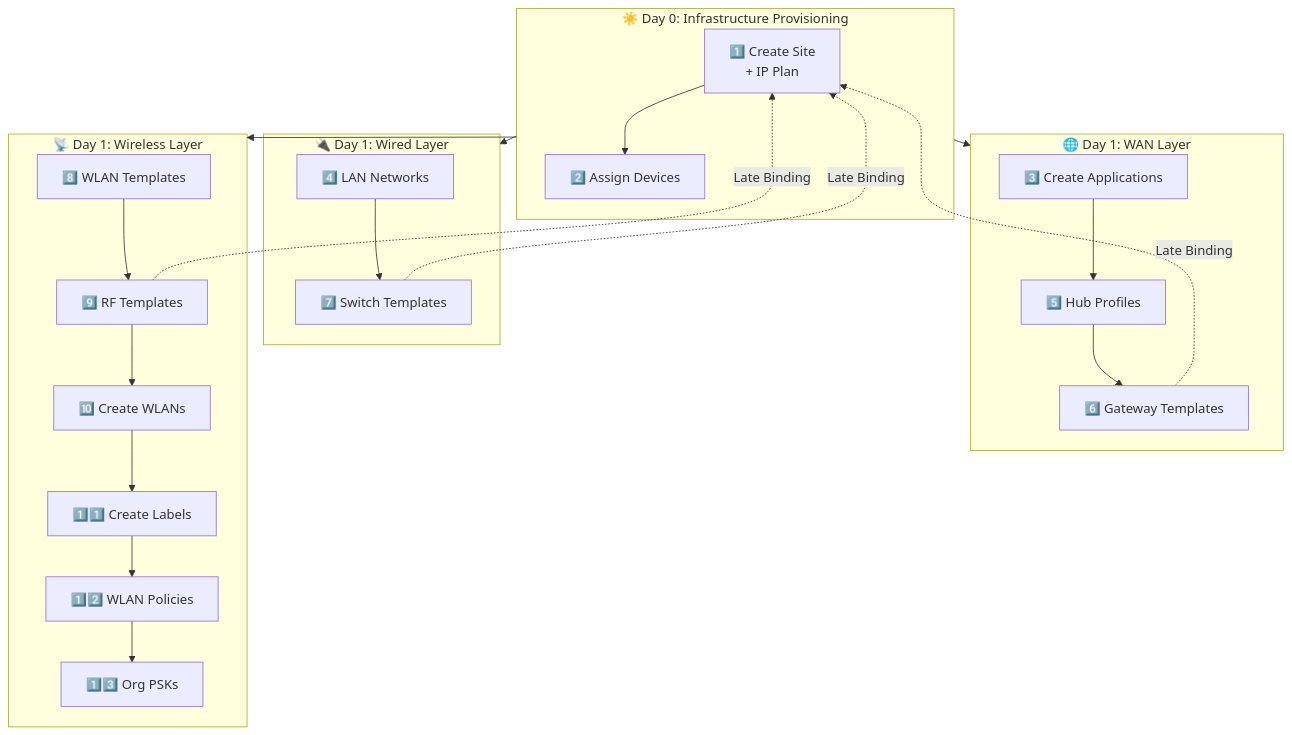
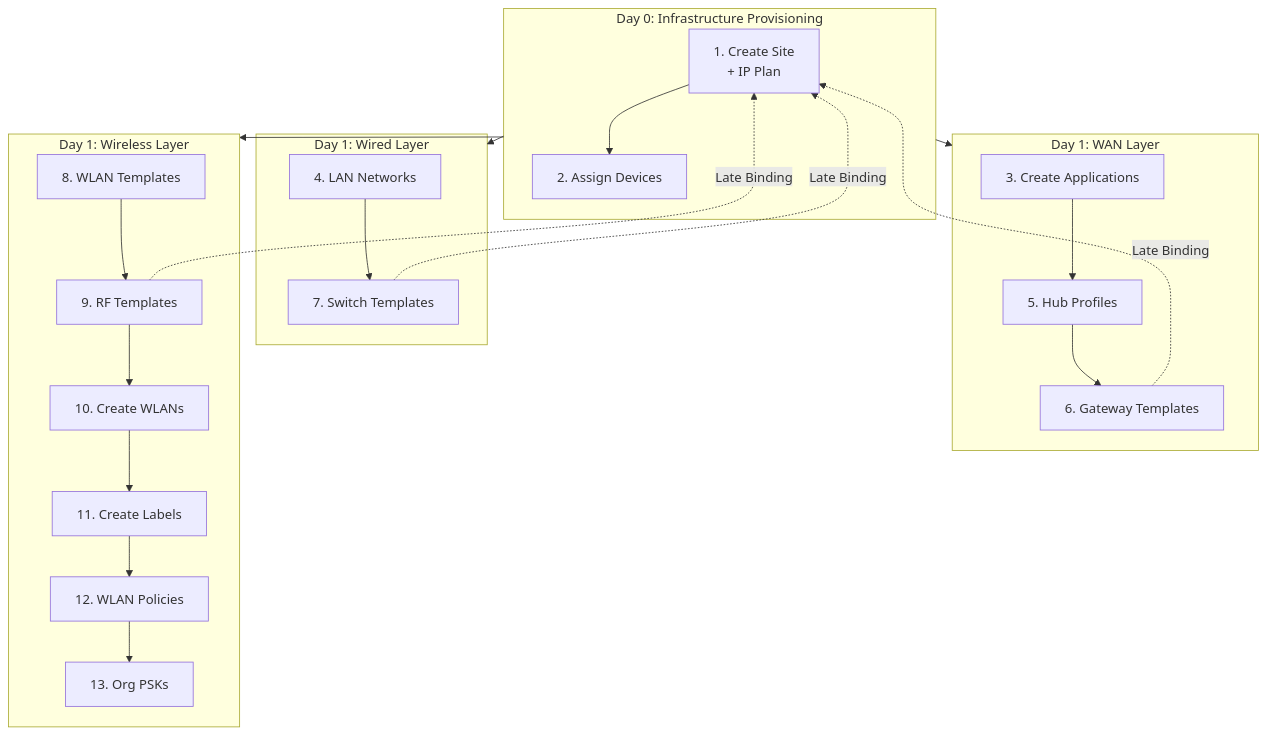
The diagram in README.md (ericcgu/juniper-mist-orchestration-core), drawn with Mermaid before and after one commit. The commit also changed other lines of this file, not shown here.

````diff
--- a/README.md
+++ b/README.md
@@ -136,39 +136,39 @@
 ```mermaid
 flowchart TB
-    subgraph DAY0["☀️ Day 0: Infrastructure Provisioning"]
-        S1["1️⃣ Create Site<br/>+ IP Plan"]
-        S2["2️⃣ Assign Devices"]
+    subgraph DAY0["Day 0: Infrastructure Provisioning"]
+        S1["1. Create Site<br/>+ IP Plan"]
+        S2["2. Assign Devices"]
         S1 --> S2
     end
 
-    subgraph DAY1_WAN["🌐 Day 1: WAN Layer"]
-        S3["3️⃣ Create Applications"]
-        S5["5️⃣ Hub Profiles"]
-        S6["6️⃣ Gateway Templates"]
+    subgraph DAY1_WAN["Day 1: WAN Layer"]
+        S3["3. Create Applications"]
+        S5["5. Hub Profiles"]
+        S6["6. Gateway Templates"]
         S3 --> S5 --> S6
     end
 
-    subgraph DAY1_WIRED["🔌 Day 1: Wired Layer"]
-        S4["4️⃣ LAN Networks"]
-        S7["7️⃣ Switch Templates"]
+    subgraph DAY1_WIRED["Day 1: Wired Layer"]
+        S4["4. LAN Networks"]
+        S7["7. Switch Templates"]
         S4 --> S7
     end
 
-    subgraph DAY1_WIRELESS["📡 Day 1: Wireless Layer"]
-        S8["8️⃣ WLAN Templates"]
-        S9["9️⃣ RF Templates"]
-        S10["🔟 Create WLANs"]
-        S11["1️⃣1️⃣ Create Labels"]
-        S12["1️⃣2️⃣ WLAN Policies"]
-        S13["1️⃣3️⃣ Org PSKs"]
+    subgraph DAY1_WIRELESS["Day 1: Wireless Layer"]
+        S8["8. WLAN Templates"]
+        S9["9. RF Templates"]
+        S10["10. Create WLANs"]
+        S11["11. Create Labels"]
+        S12["12. WLAN Policies"]
+        S13["13. Org PSKs"]
         S8 --> S9 --> S10 --> S11 --> S12 --> S13
     end
 
     DAY0 --> DAY1_WAN
     DAY0 --> DAY1_WIRED
     DAY0 --> DAY1_WIRELESS
 
     S6 -.-> |Late Binding| S1
     S7 -.-> |Late Binding| S1
     S9 -.-> |Late Binding| S1
 ```
````
